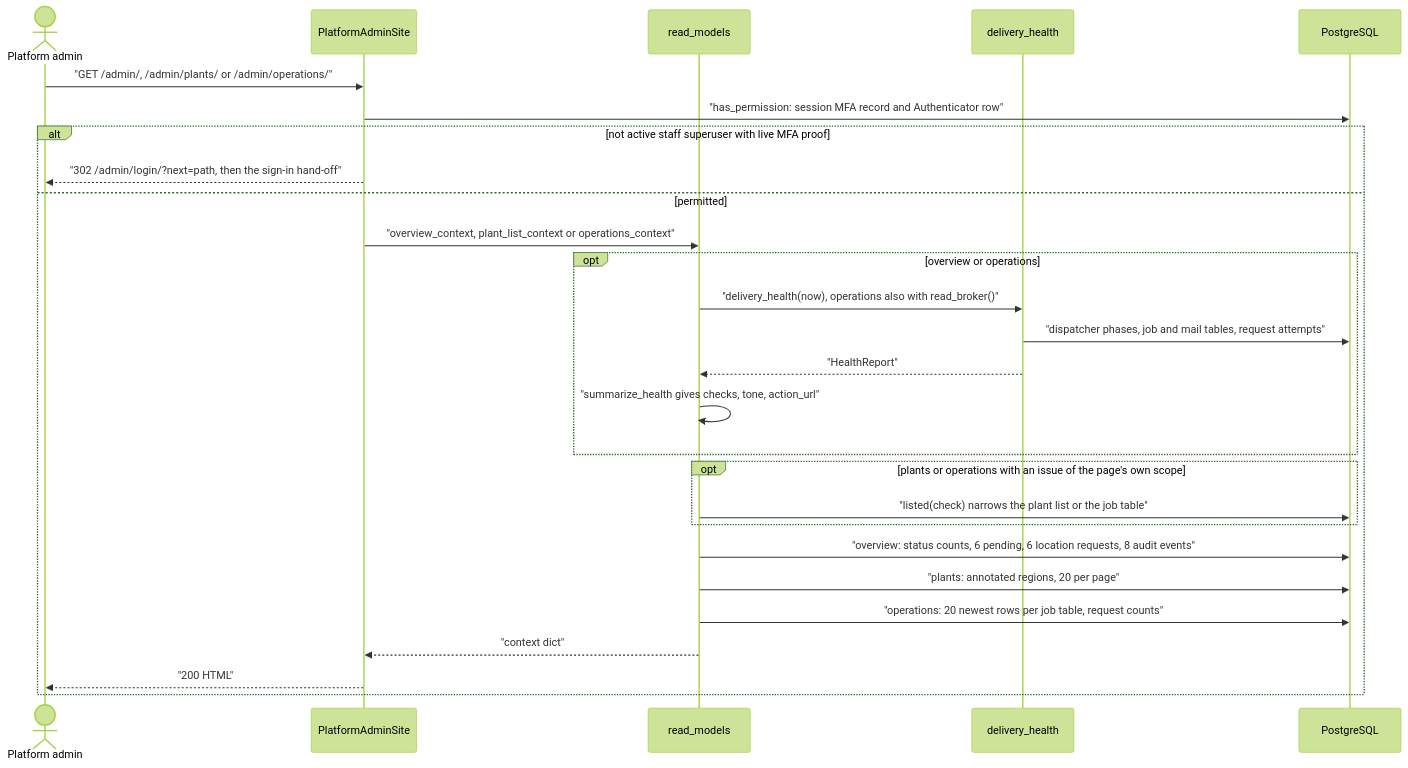
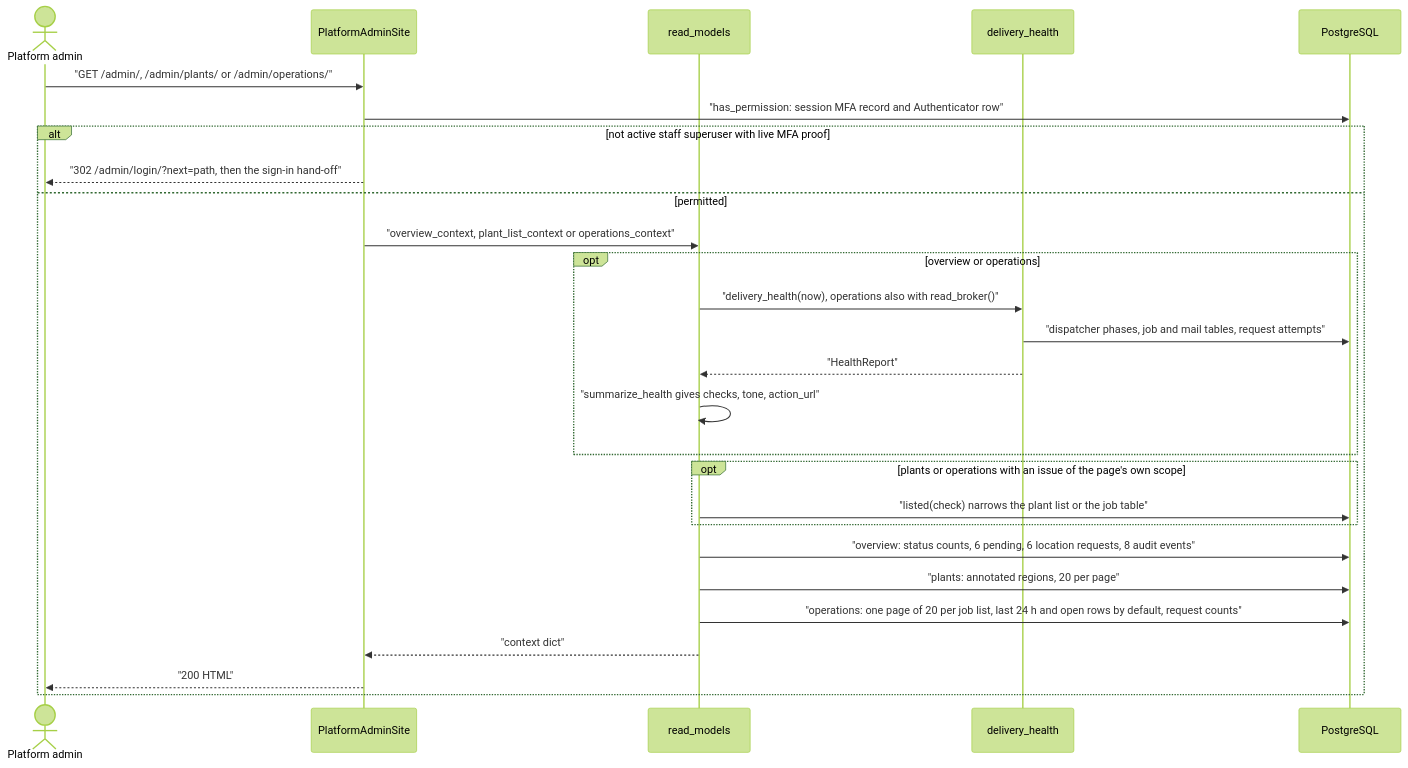
One commit to erkurtharun/pyracast changed the diagram in docs/flows/admin-overview-and-operations.md. Above: the diagram before and after it, drawn with Mermaid (forest theme). The commit also changed other lines of this file and 52 other files, not shown here.

First line of the commit message:
Bring the flow pages in line with account erasure, typed plant values, on-demand loading, operations events and provider accounts

````diff
--- a/docs/flows/admin-overview-and-operations.md
+++ b/docs/flows/admin-overview-and-operations.md
@@ -15,29 +15,29 @@
 ```mermaid
 sequenceDiagram
     actor A as Platform admin
     participant V as PlatformAdminSite
     participant W as read_models
     participant H as delivery_health
     participant DB as PostgreSQL
     A->>V: "GET /admin/, /admin/plants/ or /admin/operations/"
     V->>DB: "has_permission: session MFA record and Authenticator row"
     alt not active staff superuser with live MFA proof
         V-->>A: "302 /admin/login/?next=path, then the sign-in hand-off"
     else permitted
         V->>W: "overview_context, plant_list_context or operations_context"
         opt overview or operations
             W->>H: "delivery_health(now), operations also with read_broker()"
             H->>DB: "dispatcher phases, job and mail tables, request attempts"
             H-->>W: "HealthReport"
             W->>W: "summarize_health gives checks, tone, action_url"
         end
         opt plants or operations with an issue of the page's own scope
             W->>DB: "listed(check) narrows the plant list or the job table"
         end
         W->>DB: "overview: status counts, 6 pending, 6 location requests, 8 audit events"
         W->>DB: "plants: annotated regions, 20 per page"
-        W->>DB: "operations: 20 newest rows per job table, request counts"
+        W->>DB: "operations: one page of 20 per job list, last 24 h and open rows by default, request counts"
         W-->>V: "context dict"
         V-->>A: "200 HTML"
     end
 ```
````
